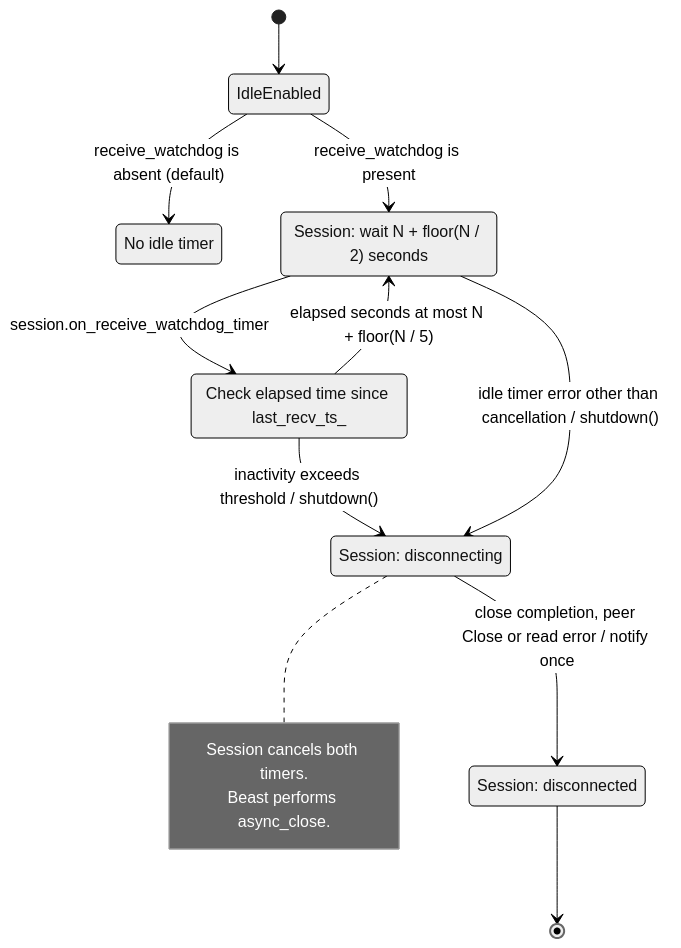
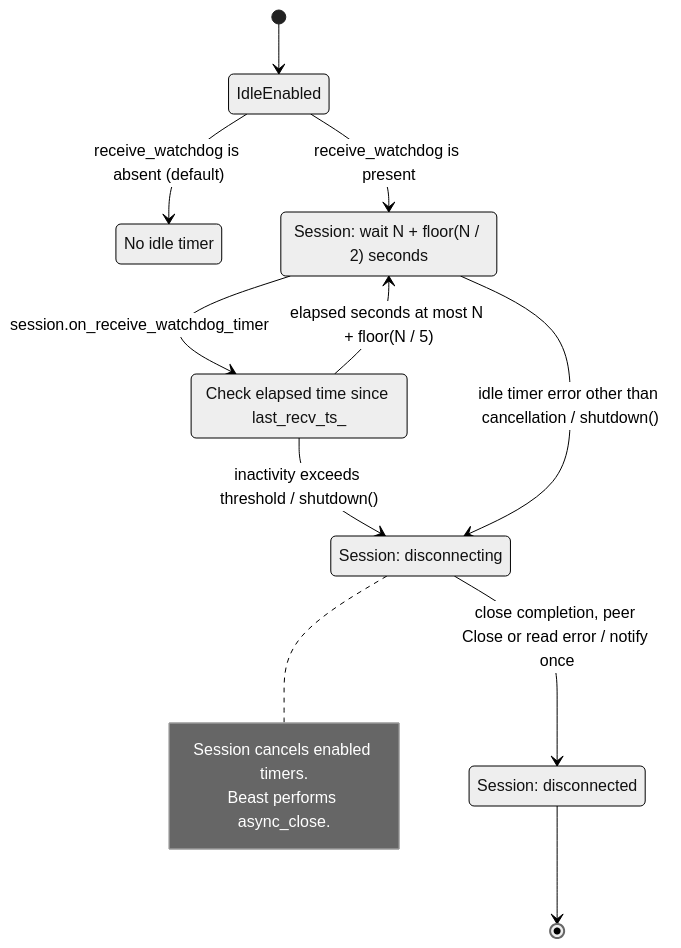
Before and after one commit to nomisma-labs/asio_comm: the third of 3 diagrams in core/asio_comm/ping_work.md, drawn with Mermaid (neutral theme). The commit also changed other lines of this file and 8 other files, not shown here.

````diff
--- a/core/asio_comm/ping_work.md
+++ b/core/asio_comm/ping_work.md
@@ -141,22 +141,22 @@
 ```mermaid
 stateDiagram-v2
     [*] --> IdleEnabled
     state IdleEnabled <<choice>>
     state "No idle timer" as IdleOff
     IdleEnabled --> IdleOff : receive_watchdog is absent (default)
     IdleEnabled --> IdleWait : receive_watchdog is present
     state "Session: wait N + floor(N / 2) seconds" as IdleWait
     state "Check elapsed time since last_recv_ts_" as IdleCheck
     state "Session: disconnecting" as Disconnecting
     state "Session: disconnected" as Disconnected
     IdleWait --> IdleCheck : session.on_receive_watchdog_timer
     IdleCheck --> IdleWait : elapsed seconds at most N + floor(N / 5)
     IdleCheck --> Disconnecting : inactivity exceeds threshold / shutdown()
     IdleWait --> Disconnecting : idle timer error other than cancellation / shutdown()
     note right of Disconnecting
-        Session cancels both timers.
+        Session cancels enabled timers.
         Beast performs async_close.
     end note
     Disconnecting --> Disconnected : close completion, peer Close or read error / notify once
     Disconnected --> [*]
 ```
````
